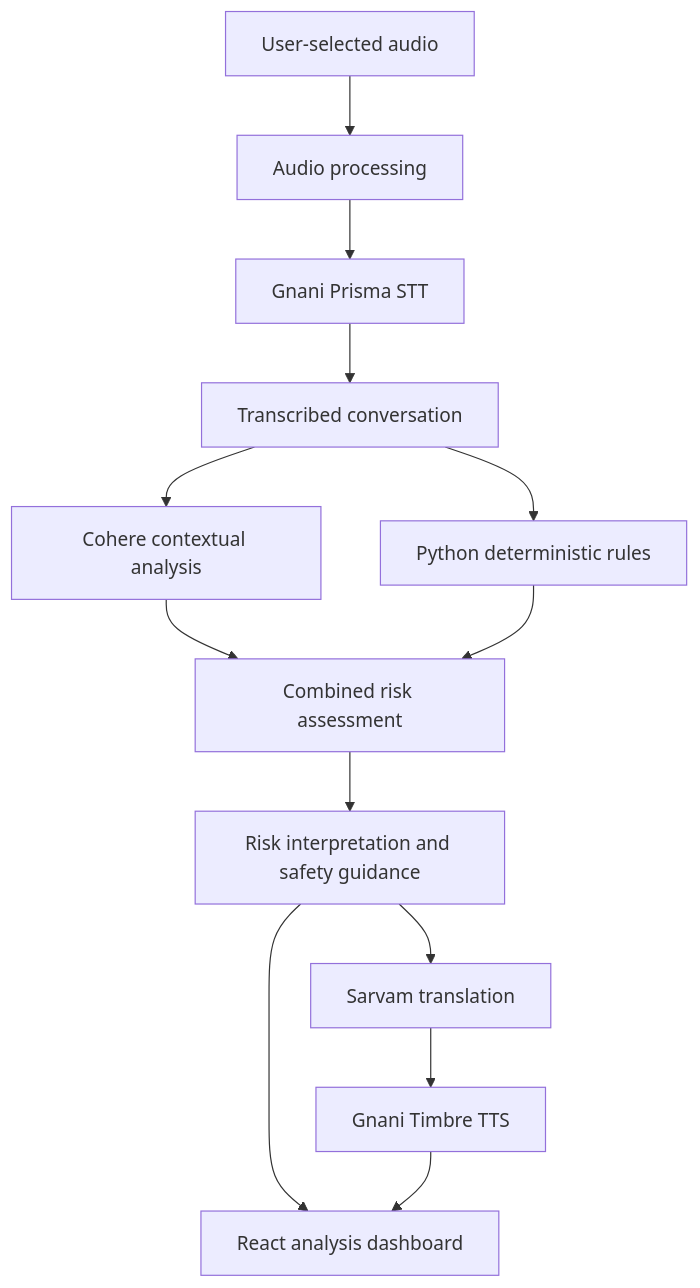
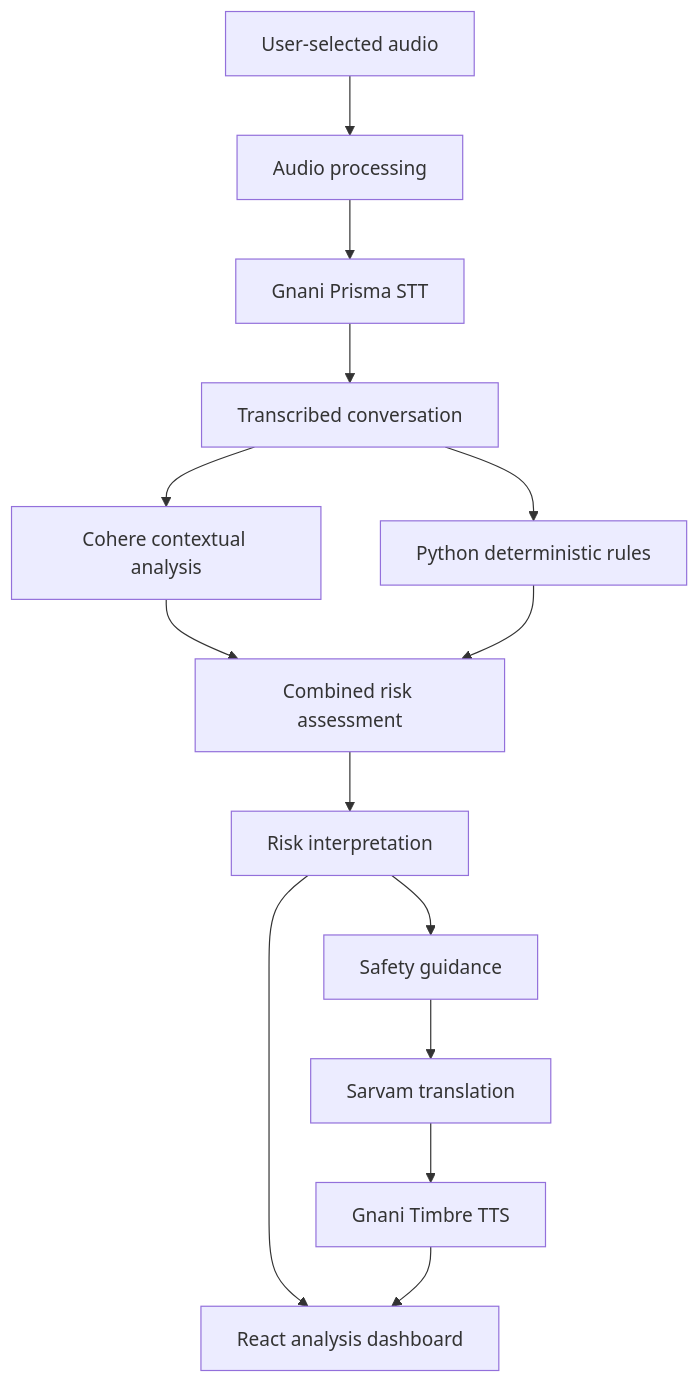
Before and after one commit to ManyaValecha/TRUSTLINE: the diagram in README.md, drawn with Mermaid. The commit also changed other lines of this file, not shown here.

````diff
--- a/README.md
+++ b/README.md
@@ -103,15 +91,16 @@
 ```mermaid
 flowchart TD
     A["User-selected audio"] --> B["Audio processing"]
     B --> C["Gnani Prisma STT"]
     C --> D["Transcribed conversation"]
     D --> E["Cohere contextual analysis"]
     D --> F["Python deterministic rules"]
     E --> G["Combined risk assessment"]
     F --> G
-    G --> H["Risk interpretation and safety guidance"]
-    H --> I["Sarvam translation"]
-    I --> J["Gnani Timbre TTS"]
-    H --> K["React analysis dashboard"]
-    J --> K
+    G --> H["Risk interpretation"]
+    H --> I["Safety guidance"]
+    I --> J["Sarvam translation"]
+    J --> K["Gnani Timbre TTS"]
+    H --> L["React analysis dashboard"]
+    K --> L
 ```
````
